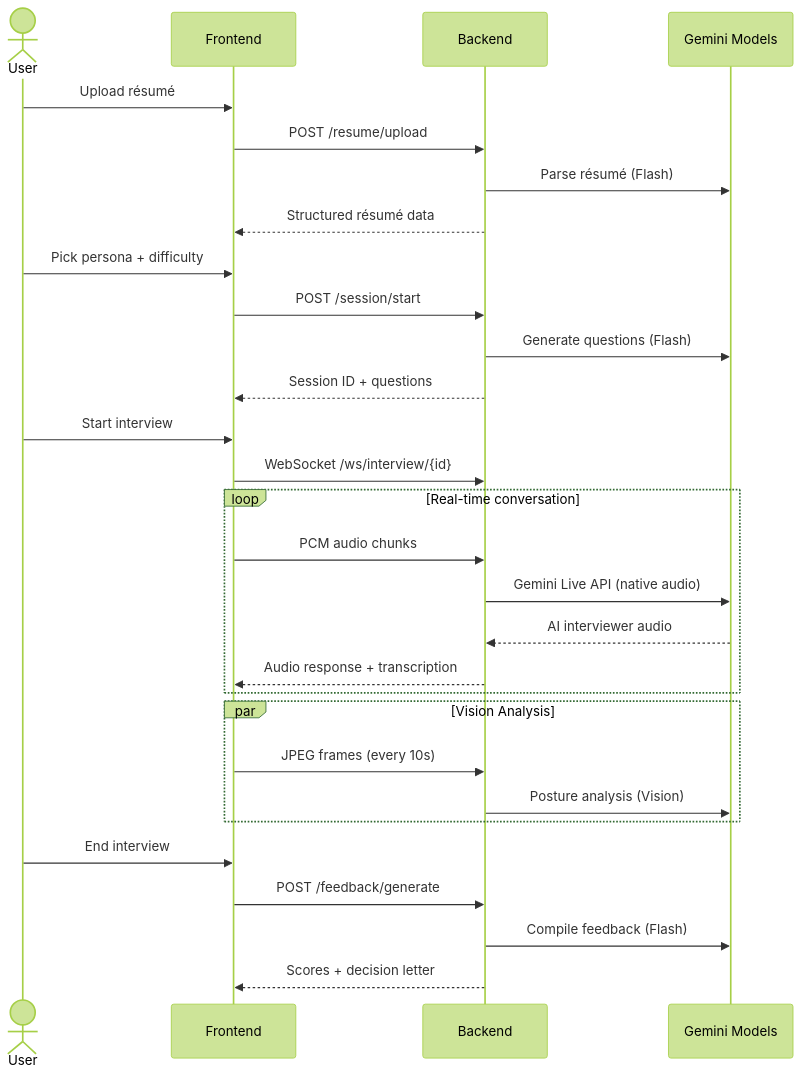
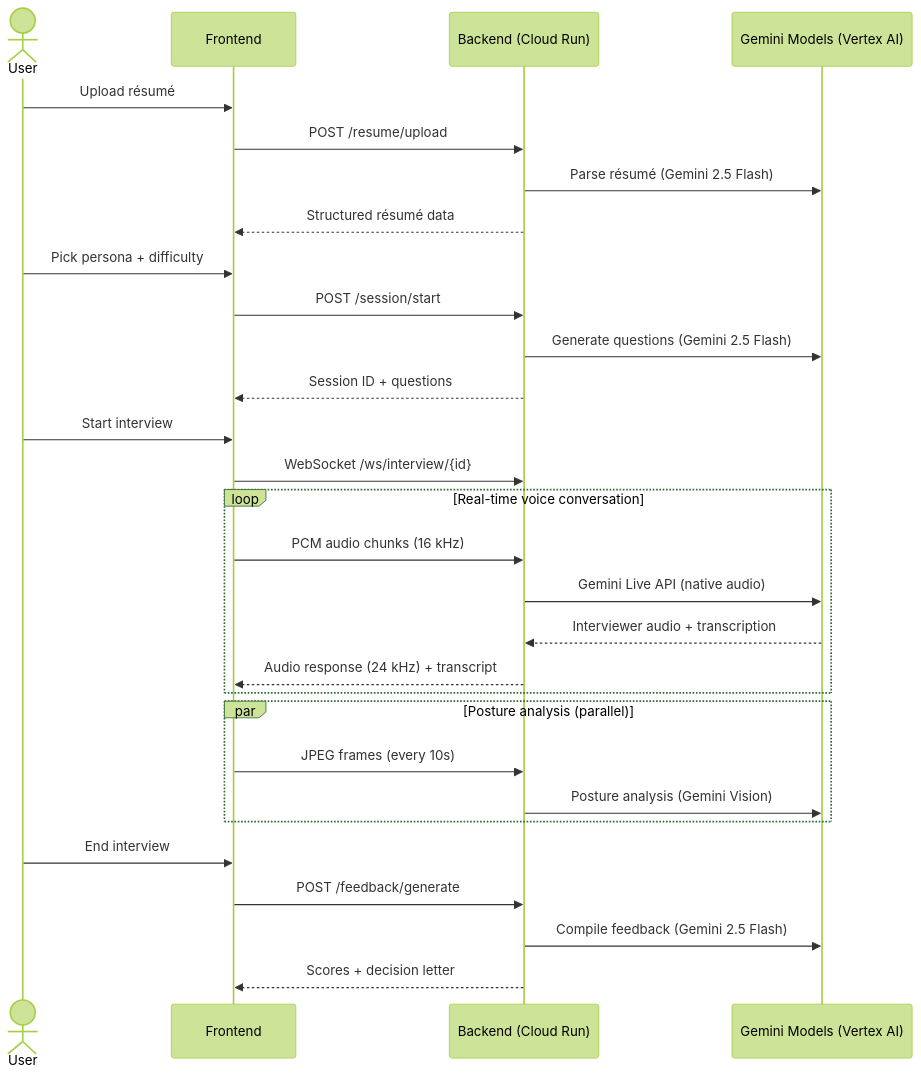
Before and after one commit to mockmate-app/mockmate: the second of 3 diagrams in README.md, drawn with Mermaid (forest theme). The commit also changed other lines of this file and 3 other files, not shown here.

````diff
--- a/README.md
+++ b/README.md
@@ -90,36 +141,36 @@
 ```mermaid
 sequenceDiagram
     actor User
     participant FE as Frontend
-    participant BE as Backend
-    participant Gemini as Gemini Models
+    participant BE as Backend (Cloud Run)
+    participant Gemini as Gemini Models (Vertex AI)
 
     User->>FE: Upload résumé
     FE->>BE: POST /resume/upload
-    BE->>Gemini: Parse résumé (Flash)
+    BE->>Gemini: Parse résumé (Gemini 2.5 Flash)
     BE-->>FE: Structured résumé data
 
     User->>FE: Pick persona + difficulty
     FE->>BE: POST /session/start
-    BE->>Gemini: Generate questions (Flash)
+    BE->>Gemini: Generate questions (Gemini 2.5 Flash)
     BE-->>FE: Session ID + questions
 
     User->>FE: Start interview
     FE->>BE: WebSocket /ws/interview/{id}
-    loop Real-time conversation
-        FE->>BE: PCM audio chunks
+    loop Real-time voice conversation
+        FE->>BE: PCM audio chunks (16 kHz)
         BE->>Gemini: Gemini Live API (native audio)
-        Gemini-->>BE: AI interviewer audio
-        BE-->>FE: Audio response + transcription
+        Gemini-->>BE: Interviewer audio + transcription
+        BE-->>FE: Audio response (24 kHz) + transcript
     end
 
-    par Vision Analysis
+    par Posture analysis (parallel)
         FE->>BE: JPEG frames (every 10s)
-        BE->>Gemini: Posture analysis (Vision)
+        BE->>Gemini: Posture analysis (Gemini Vision)
     end
 
     User->>FE: End interview
     FE->>BE: POST /feedback/generate
-    BE->>Gemini: Compile feedback (Flash)
+    BE->>Gemini: Compile feedback (Gemini 2.5 Flash)
     BE-->>FE: Scores + decision letter
 ```
````
